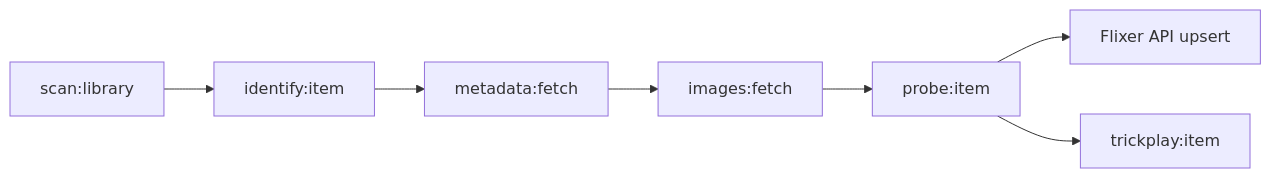
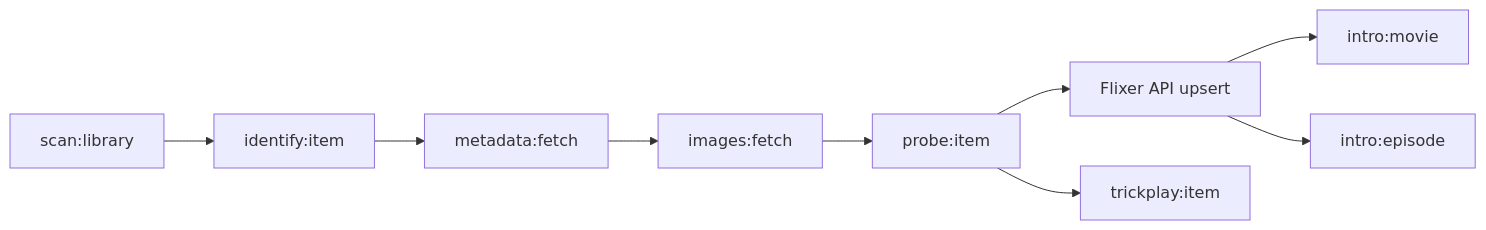
The diagram in README.md (flixermedia/flixer-indexer), drawn with Mermaid before and after one commit. The commit also changed other lines of this file and 22 other files, not shown here.

````diff
--- a/README.md
+++ b/README.md
@@ -56,9 +56,11 @@
 ```mermaid
 flowchart LR
     A[scan:library] --> B[identify:item]
     B --> C[metadata:fetch]
     C --> D[images:fetch]
     D --> E[probe:item]
     E --> F[Flixer API upsert]
     E --> G[trickplay:item]
+    F --> H[intro:movie]
+    F --> I[intro:episode]
 ```
````
